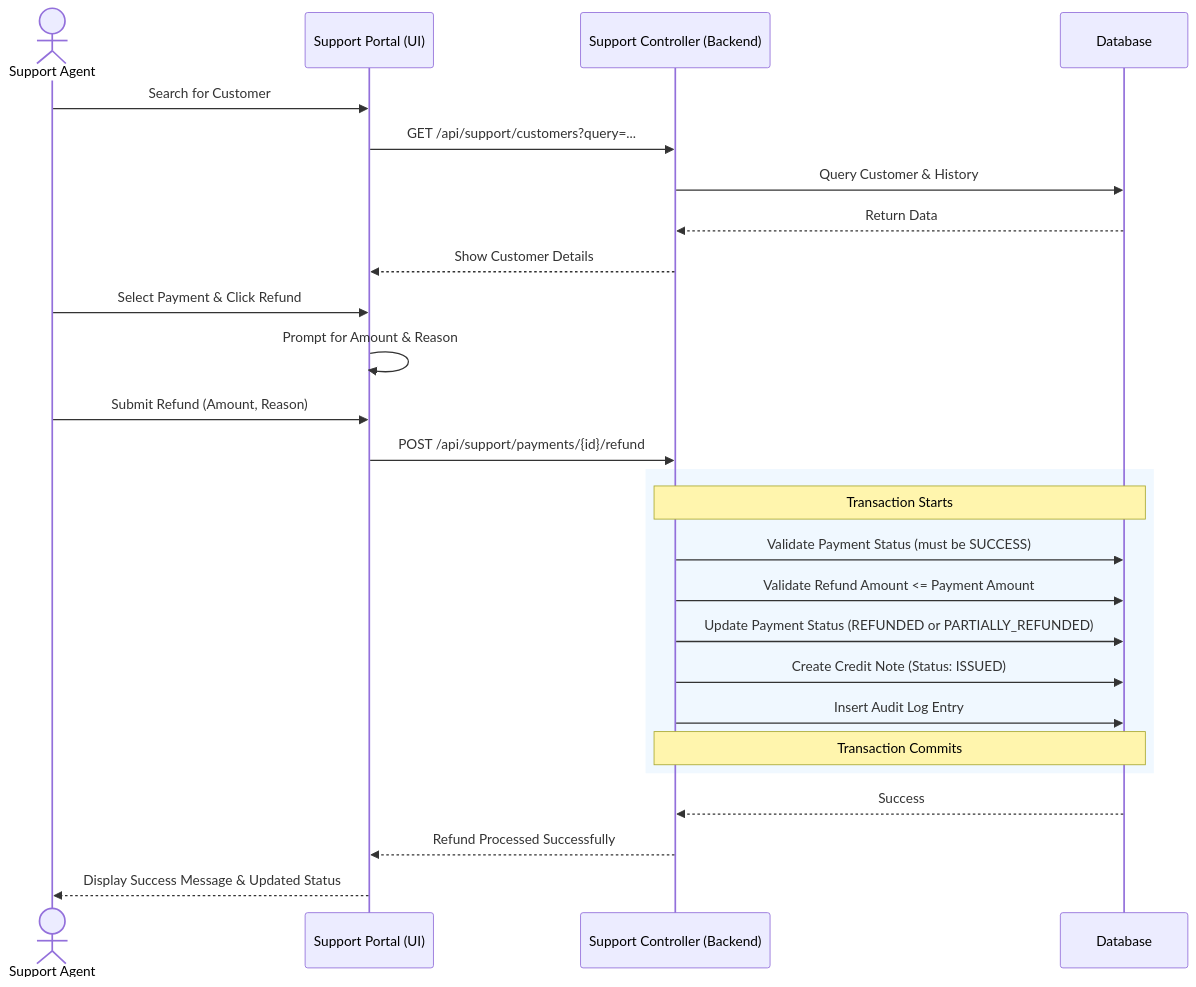
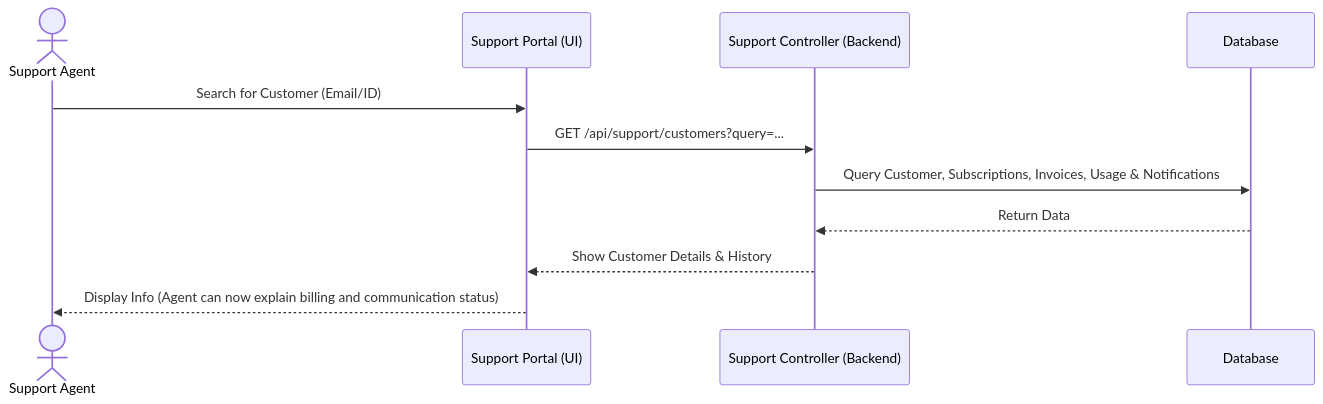
One commit to Priyank-0401/StreamFlixApp changed the second of 2 diagrams in SUPPORT_AGENT_SPECIFICATION.md. Above: the diagram before and after it, drawn with Mermaid. The commit also changed other lines of this file, not shown here.

````diff
--- a/SUPPORT_AGENT_SPECIFICATION.md
+++ b/SUPPORT_AGENT_SPECIFICATION.md
@@ -99,32 +105,14 @@
 ```mermaid
 sequenceDiagram
     actor Agent as Support Agent
     participant Portal as Support Portal (UI)
     participant API as Support Controller (Backend)
     participant DB as Database
 
-    Agent->>Portal: Search for Customer
+    Agent->>Portal: Search for Customer (Email/ID)
     Portal->>API: GET /api/support/customers?query=...
-    API->>DB: Query Customer & History
+    API->>DB: Query Customer, Subscriptions, Invoices, Usage & Notifications
     DB-->>API: Return Data
-    API-->>Portal: Show Customer Details
-
-    Agent->>Portal: Select Payment & Click Refund
-    Portal->>Portal: Prompt for Amount & Reason
-    Agent->>Portal: Submit Refund (Amount, Reason)
-    Portal->>API: POST /api/support/payments/{id}/refund
-    
-    rect rgb(240, 248, 255)
-        note over API, DB: Transaction Starts
-        API->>DB: Validate Payment Status (must be SUCCESS)
-        API->>DB: Validate Refund Amount <= Payment Amount
-        API->>DB: Update Payment Status (REFUNDED or PARTIALLY_REFUNDED)
-        API->>DB: Create Credit Note (Status: ISSUED)
-        API->>DB: Insert Audit Log Entry
-        note over API, DB: Transaction Commits
-    end
-
-    DB-->>API: Success
-    API-->>Portal: Refund Processed Successfully
-    Portal-->>Agent: Display Success Message & Updated Status
+    API-->>Portal: Show Customer Details & History
+    Portal-->>Agent: Display Info (Agent can now explain billing and communication status)
 ```
````
